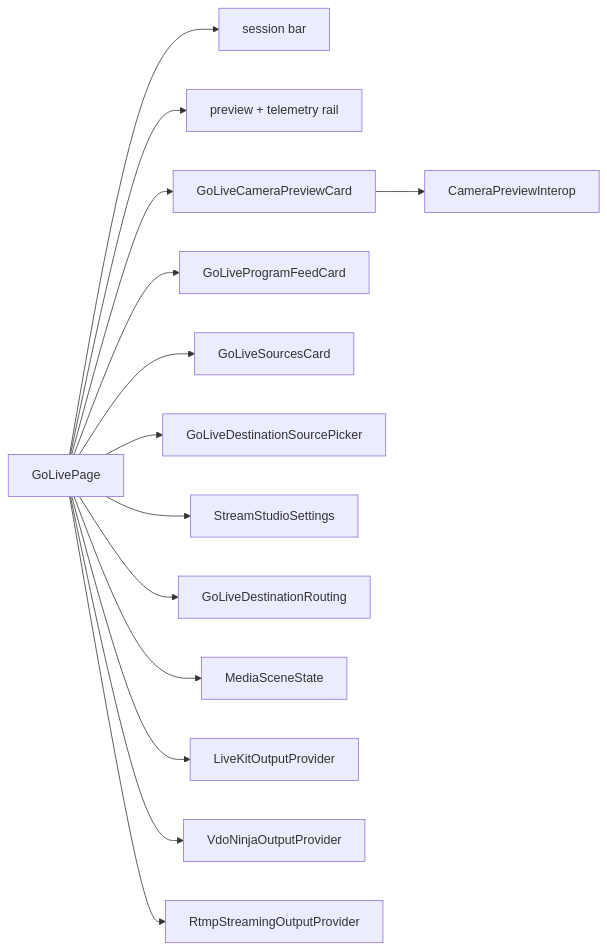
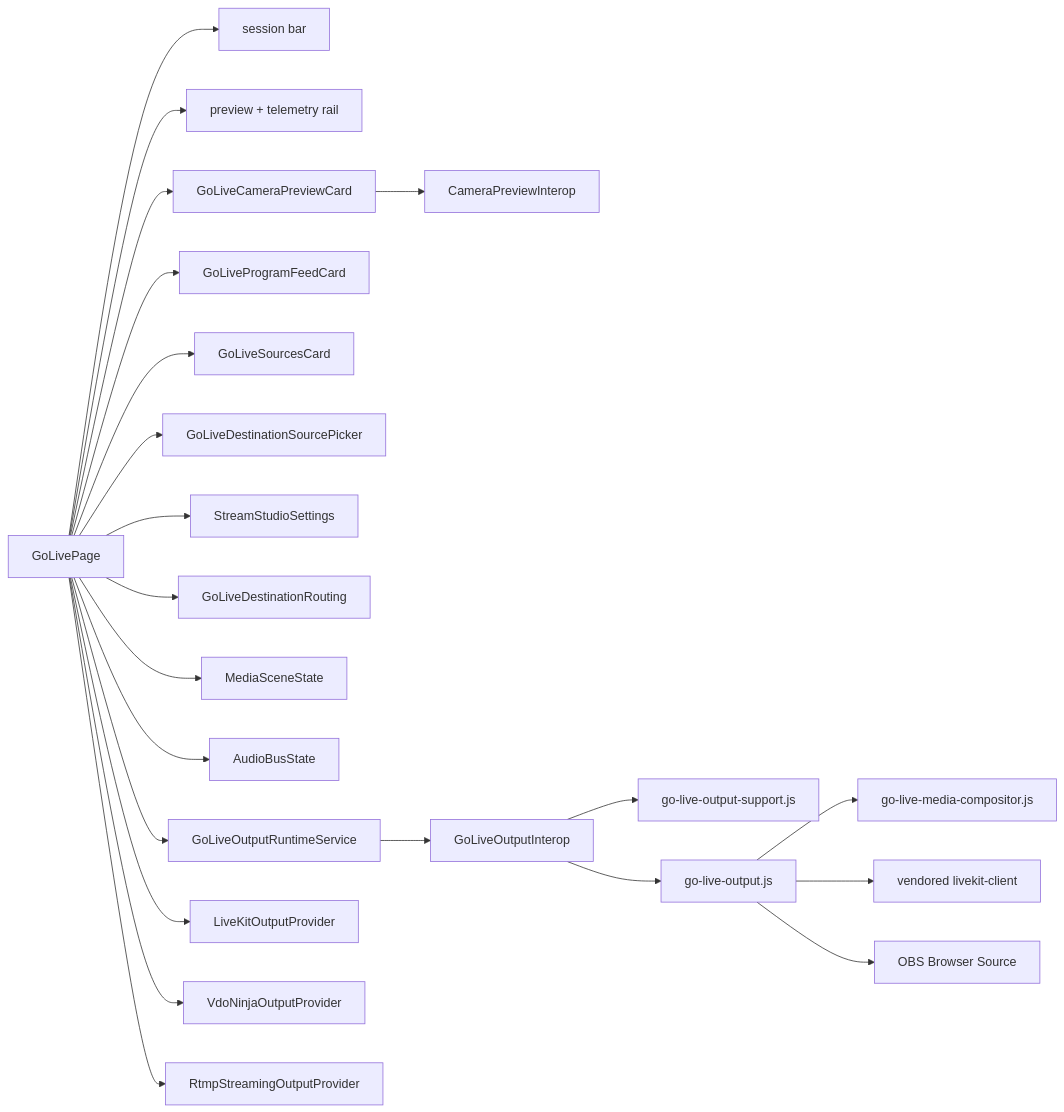
The second of 3 diagrams in docs/Features/GoLiveRuntime.md (managedcode/PrompterOne), drawn with Mermaid before and after one commit. The commit also changed other lines of this file and 114 other files, not shown here.

````diff
--- a/docs/Features/GoLiveRuntime.md
+++ b/docs/Features/GoLiveRuntime.md
@@ -52,31 +81,47 @@
 ```mermaid
 flowchart LR
     Page["GoLivePage"]
     SessionBar["session bar"]
     PreviewRail["preview + telemetry rail"]
     Preview["GoLiveCameraPreviewCard"]
     Program["GoLiveProgramFeedCard"]
     Sources["GoLiveSourcesCard"]
     TargetSources["GoLiveDestinationSourcePicker"]
     Studio["StreamStudioSettings"]
     Routing["GoLiveDestinationRouting"]
     Scene["MediaSceneState"]
+    AudioBus["AudioBusState"]
     CameraInterop["CameraPreviewInterop"]
+    Runtime["GoLiveOutputRuntimeService"]
+    RuntimeInterop["GoLiveOutputInterop"]
+    OutputSupport["go-live-output-support.js"]
+    BrowserRuntime["go-live-output.js"]
+    Composer["go-live-media-compositor.js"]
     LiveKit["LiveKitOutputProvider"]
     Vdo["VdoNinjaOutputProvider"]
     Rtmp["RtmpStreamingOutputProvider"]
+    LiveKitSdk["vendored livekit-client"]
+    ObsBrowser["OBS Browser Source"]
 
     Page --> SessionBar
     Page --> PreviewRail
     Page --> Preview
     Page --> Program
     Page --> Sources
     Page --> TargetSources
     Page --> Studio
     Page --> Routing
     Page --> Scene
+    Page --> AudioBus
+    Page --> Runtime
     Preview --> CameraInterop
+    Runtime --> RuntimeInterop
+    RuntimeInterop --> OutputSupport
+    RuntimeInterop --> BrowserRuntime
+    BrowserRuntime --> Composer
+    BrowserRuntime --> LiveKitSdk
+    BrowserRuntime --> ObsBrowser
     Page --> LiveKit
     Page --> Vdo
     Page --> Rtmp
 ```
````
